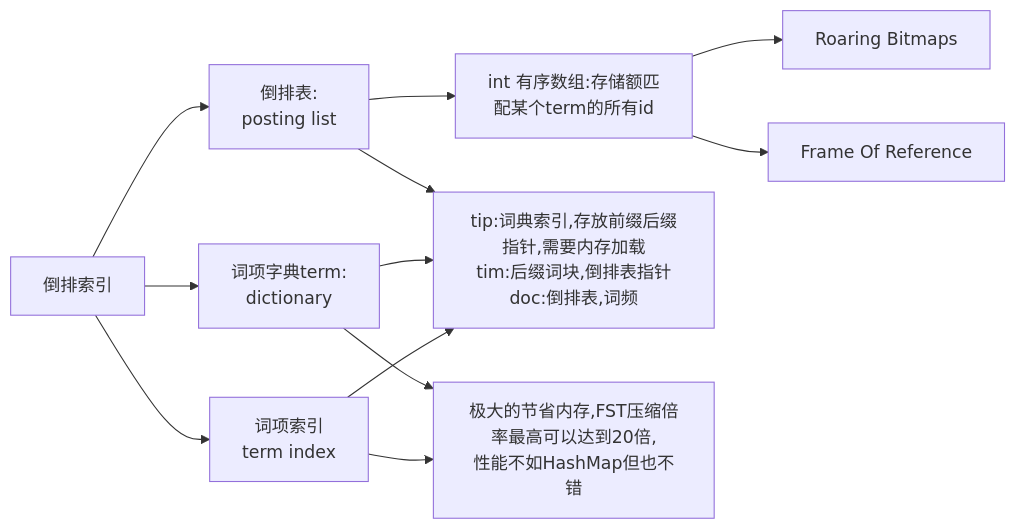
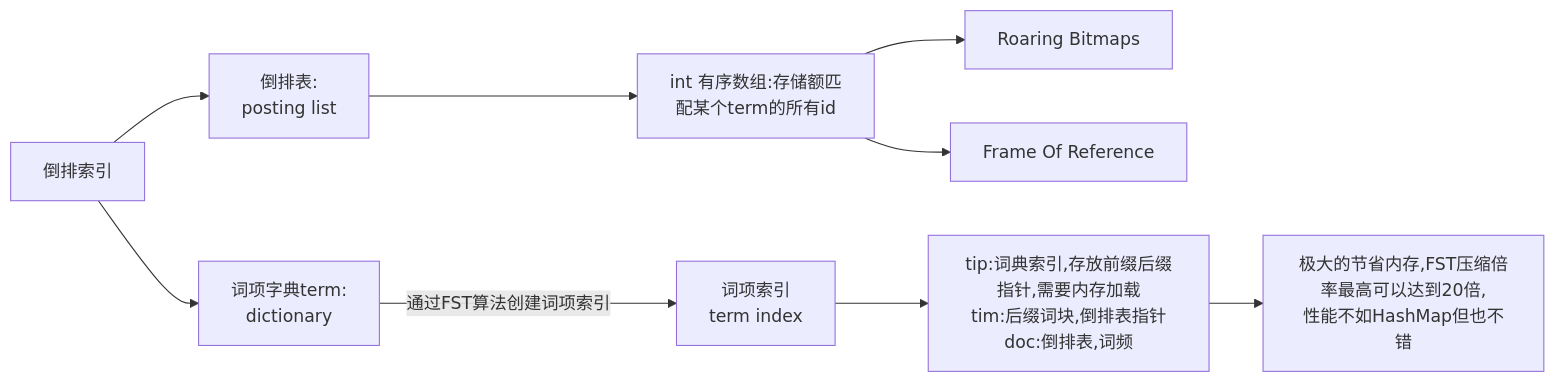
The diagram in memo/middleware.md (gentleduo/memo-repository), drawn with Mermaid before and after one commit. The commit also changed other lines of this file and 7 other files, not shown here.

````diff
--- a/memo/middleware.md
+++ b/memo/middleware.md
@@ -2105,14 +2105,11 @@
 ```mermaid
 graph LR;
    A[倒排索引]-->B[倒排表:<br>posting list]
    A[倒排索引]-->C[词项字典term:<br>dictionary]
-   A[倒排索引]-->D[词项索引<br>term index]
    B[倒排表:<br>posting list]-->E[int 有序数组:存储额匹<BR>配某个term的所有id]
    E[int 有序数组:存储额匹<BR>配某个term的所有id]-->F[Roaring Bitmaps]
    E[int 有序数组:存储额匹<BR>配某个term的所有id]-->G[Frame Of Reference]
-   B[倒排表:<br>posting list]-->H[tip:词典索引,存放前缀后缀指针,需要内存加载<BR>tim:后缀词块,倒排表指针<BR>doc:倒排表,词频]
-   C[词项字典term:<br>dictionary]-->H[tip:词典索引,存放前缀后缀指针,需要内存加载<BR>tim:后缀词块,倒排表指针<BR>doc:倒排表,词频]
-   C[词项字典term:<br>dictionary]-->I[极大的节省内存,FST压缩倍率最高可以达到20倍,<BR>性能不如HashMap但也不错]
-   D[词项索引<br>term index]-->I[极大的节省内存,FST压缩倍率最高可以达到20倍,<BR>性能不如HashMap但也不错]
+   C[词项字典term:<br>dictionary]-->|通过FST算法创建词项索引|D[词项索引<br>term index]
    D[词项索引<br>term index]-->H[tip:词典索引,存放前缀后缀指针,需要内存加载<BR>tim:后缀词块,倒排表指针<BR>doc:倒排表,词频]
+   H[tip:词典索引,存放前缀后缀指针,需要内存加载<BR>tim:后缀词块,倒排表指针<BR>doc:倒排表,词频]-->I[极大的节省内存,FST压缩倍率最高可以达到20倍,<BR>性能不如HashMap但也不错]
 ```
````
